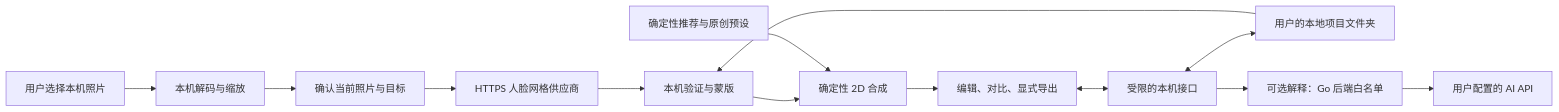
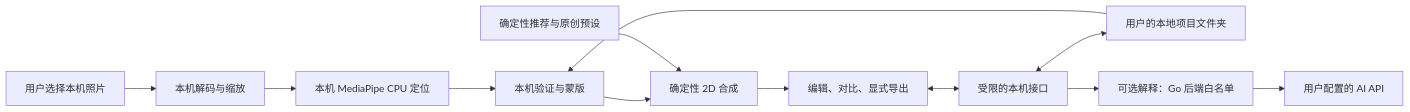
The diagram in docs/architecture.md (mutou01/makeup-face), drawn with Mermaid before and after one commit. The commit also changed other lines of this file and 15 other files, not shown here.

````diff
--- a/docs/architecture.md
+++ b/docs/architecture.md
@@ -7,15 +7,14 @@
 ```mermaid
 flowchart LR
   File[用户选择本机照片] --> Input[本机解码与缩放]
-  Input --> Consent[确认当前照片与目标]
-  Consent --> Face[HTTPS 人脸网格供应商]
+  Input --> Face[本机 MediaPipe CPU 定位]
   Face --> Worker[本机验证与蒙版]
   Storage --> Worker
   Worker --> Render[确定性 2D 合成]
   Recommend[确定性推荐与原创预设] --> Render
   Render --> UI[编辑、对比、显式导出]
   UI <--> Bridge[受限的本机接口]
   Bridge <--> Storage[用户的本地项目文件夹]
   Bridge --> Explain[可选解释：Go 后端白名单]
   Explain --> AI[用户配置的 AI API]
 ```
````
